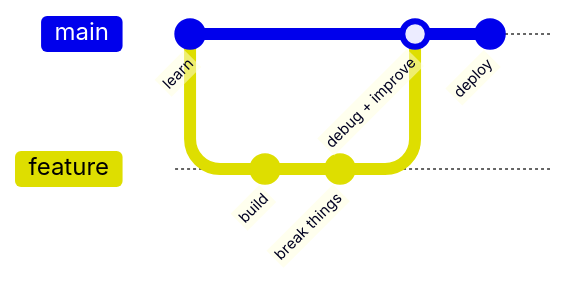
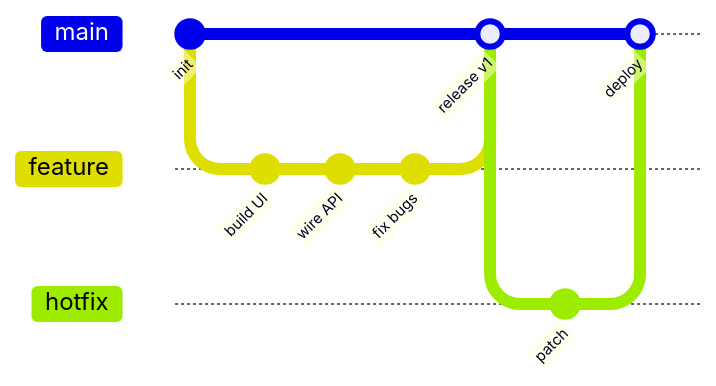
One commit to Faizan-khan144/Faizan-khan144 changed the ninth of 11 diagrams in README.md. Above: the diagram before and after it, drawn with Mermaid. The commit also changed other lines of this file, not shown here.

````diff
--- a/README.md
+++ b/README.md
@@ -171,11 +262,16 @@
 ```mermaid
 gitGraph
-    commit id: "learn"
+    commit id: "init"
     branch feature
     checkout feature
-    commit id: "build"
-    commit id: "break things"
+    commit id: "build UI"
+    commit id: "wire API"
+    commit id: "fix bugs"
     checkout main
-    merge feature id: "debug + improve"
-    commit id: "deploy"
+    merge feature id: "release v1"
+    branch hotfix
+    checkout hotfix
+    commit id: "patch"
+    checkout main
+    merge hotfix id: "deploy"
 ```
````
